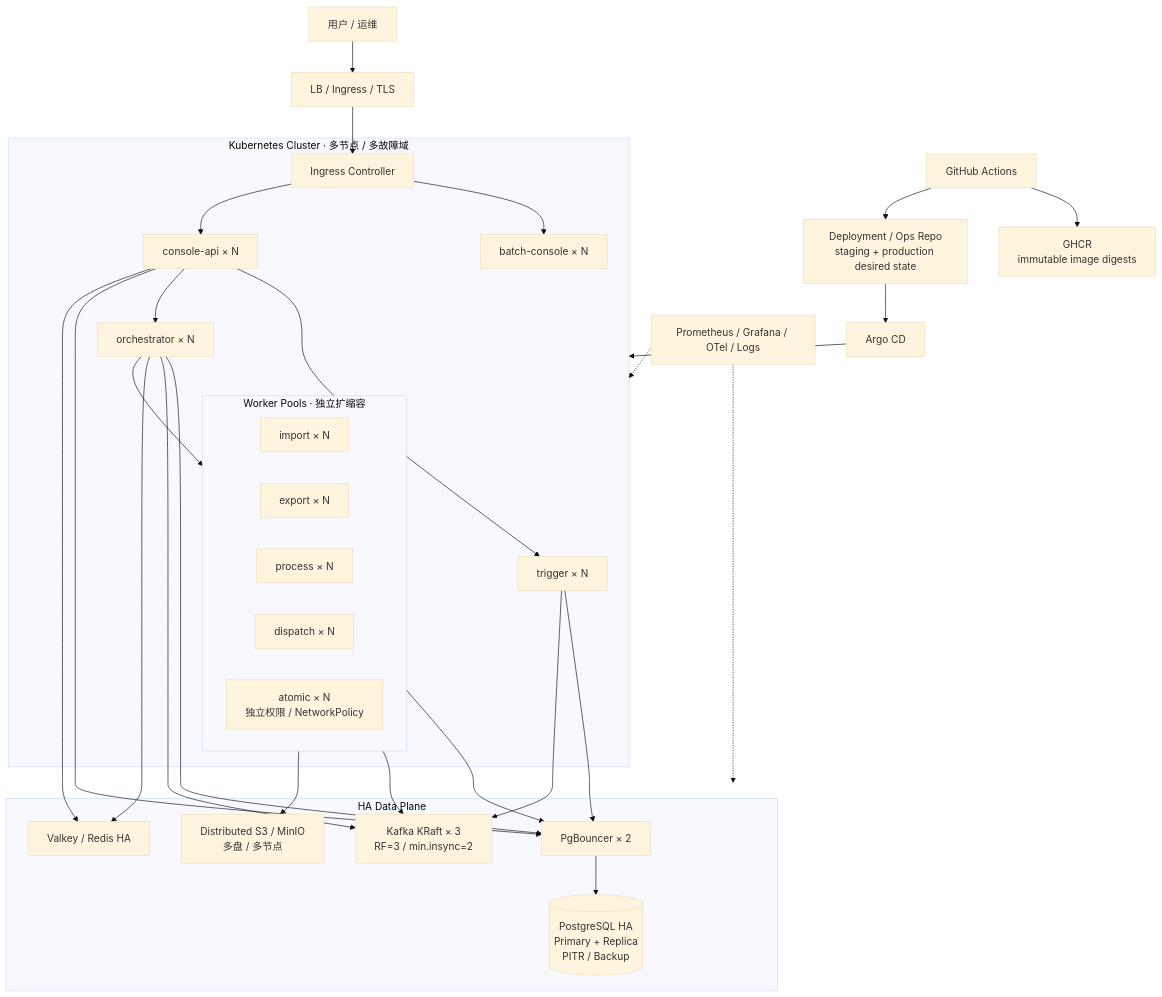
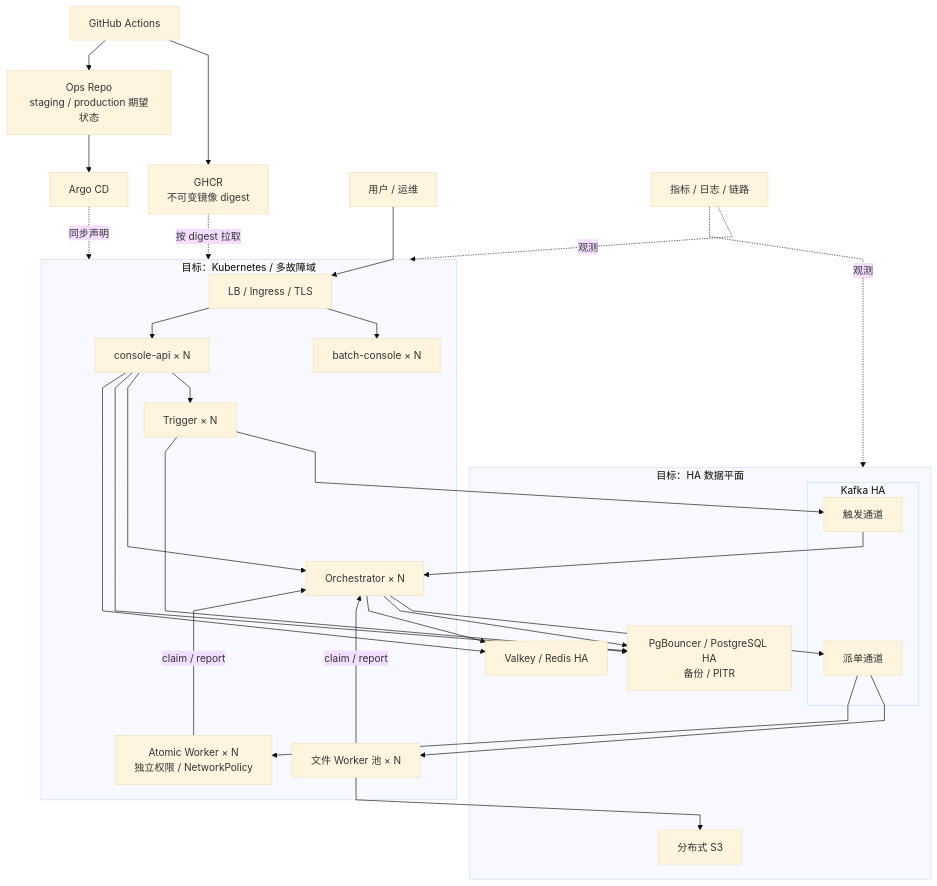
Before and after one commit to pinpols/file-batch-system: the second of 4 diagrams in docs/runbook/compose-cd-roadmap.md, drawn with Mermaid (base theme). The commit also changed other lines of this file and 5032 other files, not shown here.

````diff
--- a/docs/runbook/compose-cd-roadmap.md
+++ b/docs/runbook/compose-cd-roadmap.md
@@ -257,57 +252,45 @@
 ```mermaid
+%%{init: {"flowchart":{"curve":"linear","nodeSpacing":32,"rankSpacing":48},"sequence":{"mirrorActors":false}}}%%
 flowchart TB
-  USER["用户 / 运维"] --> LB["LB / Ingress / TLS"]
-
-  GHA["GitHub Actions"] --> GHCR["GHCR\nimmutable image digests"]
-  GHA --> OPS["Deployment / Ops Repo\nstaging + production desired state"]
+  CI["GitHub Actions"] --> REG["GHCR<br/>不可变镜像 digest"]
+  CI --> OPS["Ops Repo<br/>staging / production 期望状态"]
   OPS --> ARGO["Argo CD"]
-  ARGO --> K8S
-
-  subgraph K8S["Kubernetes Cluster · 多节点 / 多故障域"]
-    ING["Ingress Controller"]
+  USER["用户 / 运维"] --> ING["LB / Ingress / TLS"]
+  subgraph K8S["目标：Kubernetes / 多故障域"]
     FE["batch-console × N"]
     API["console-api × N"]
-    TR["trigger × N"]
-    OR["orchestrator × N"]
-
-    subgraph WORKERS["Worker Pools · 独立扩缩容"]
-      WI["import × N"]
-      WE["export × N"]
-      WP["process × N"]
-      WD["dispatch × N"]
-      WA["atomic × N\n独立权限 / NetworkPolicy"]
-    end
-
+    TR["Trigger × N"]
+    OR["Orchestrator × N"]
+    FILE["文件 Worker 池 × N"]
+    ATOMIC["Atomic Worker × N<br/>独立权限 / NetworkPolicy"]
     ING --> FE
     ING --> API
     API --> TR
     API --> OR
-    OR --> WORKERS
+    FILE -->|"claim / report"| OR
+    ATOMIC -->|"claim / report"| OR
   end
-
-  LB --> ING
-
-  subgraph DATA["HA Data Plane"]
-    PGB["PgBouncer × 2"]
-    PG[("PostgreSQL HA\nPrimary + Replica\nPITR / Backup")]
-    KF["Kafka KRaft × 3\nRF=3 / min.insync=2"]
-    VK["Valkey / Redis HA"]
-    MO["Distributed S3 / MinIO\n多盘 / 多节点"]
+  ARGO -. "同步声明" .-> K8S
+  REG -. "按 digest 拉取" .-> K8S
+  subgraph DATA["目标：HA 数据平面"]
+    PG["PgBouncer / PostgreSQL HA<br/>备份 / PITR"]
+    subgraph KF["Kafka HA"]
+      LAUNCH["触发通道"]
+      TASK["派单通道"]
+    end
+    CACHE["Valkey / Redis HA"]
+    OBJ["分布式 S3"]
   end
-
-  API --> PGB
-  TR --> PGB
-  OR --> PGB
-  WORKERS --> PGB
-  PGB --> PG
-
-  TR --> KF
-  OR --> KF
-  WORKERS --> KF
-  API --> VK
-  OR --> VK
-  WORKERS --> MO
-
-  OBS["Prometheus / Grafana / OTel / Logs"] -.-> K8S
-  OBS -.-> DATA
+  TR --> LAUNCH --> OR
+  OR --> TASK
+  TASK --> FILE
+  TASK --> ATOMIC
+  API --> PG
+  TR --> PG
+  OR --> PG
+  API --> CACHE
+  OR --> CACHE
+  FILE --> OBJ
+  OBS["指标 / 日志 / 链路"] -. "观测" .-> K8S
+  OBS -. "观测" .-> DATA
 ```
````
